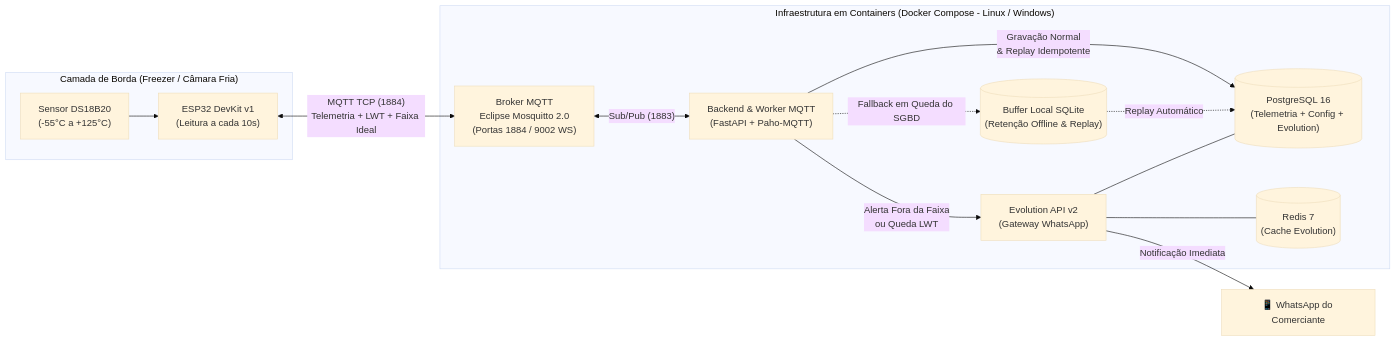
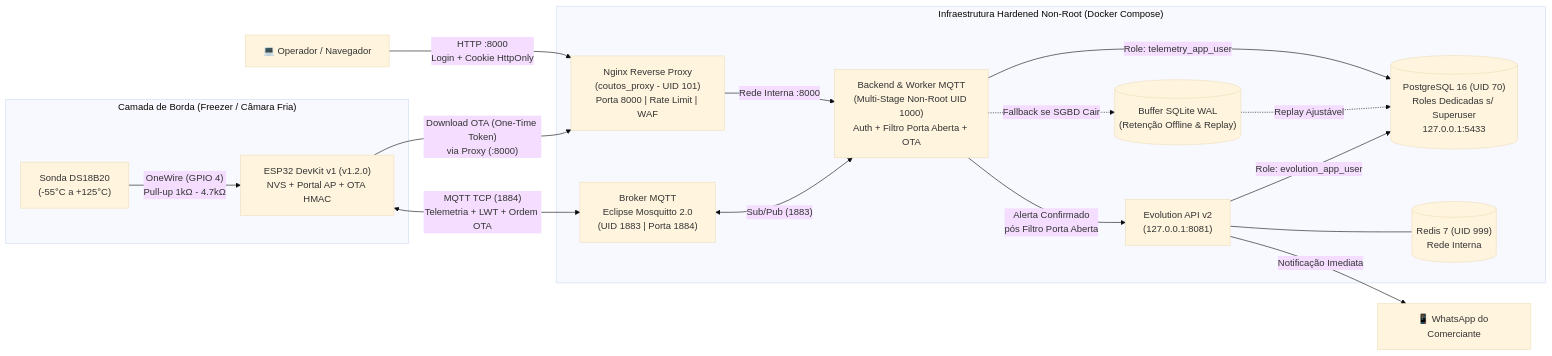
The diagram in README.md (joaogabriel689/projeto_extensao_iot), drawn with Mermaid (base theme) before and after one commit. The commit also changed other lines of this file and 21 other files, not shown here.

````diff
--- a/README.md
+++ b/README.md
@@ -11,25 +29,29 @@
 ```mermaid
 flowchart LR
     subgraph Edge ["Camada de Borda (Freezer / Câmara Fria)"]
-        DS["Sensor DS18B20\n(-55°C a +125°C)"] --> ESP["ESP32 DevKit v1\n(Leitura a cada 10s)"]
+        DS["Sonda DS18B20\n(-55°C a +125°C)"] -->|"OneWire (GPIO 4)\nPull-up 1kΩ - 4.7kΩ"| ESP["ESP32 DevKit v1 (v1.2.0)\nNVS + Portal AP + OTA HMAC"]
     end
 
-    subgraph Docker ["Infraestrutura em Containers (Docker Compose - Linux / Windows)"]
-        MOSQ["Broker MQTT\nEclipse Mosquitto 2.0\n(Portas 1884 / 9002 WS)"]
-        WORKER["Backend & Worker MQTT\n(FastAPI + Paho-MQTT)"]
-        BUFFER[("Buffer Local SQLite\n(Retenção Offline & Replay)")]
-        PG[("PostgreSQL 16\n(Telemetria + Config + Evolution)")]
-        REDIS[("Redis 7\n(Cache Evolution)")]
-        EVO["Evolution API v2\n(Gateway WhatsApp)"]
+    subgraph Docker ["Infraestrutura Hardened Non-Root (Docker Compose)"]
+        PROXY["Nginx Reverse Proxy\n(coutos_proxy - UID 101)\nPorta 8000 | Rate Limit | WAF"]
+        MOSQ["Broker MQTT\nEclipse Mosquitto 2.0\n(UID 1883 | Porta 1884)"]
+        WORKER["Backend & Worker MQTT\n(Multi-Stage Non-Root UID 1000)\nAuth + Filtro Porta Aberta + OTA"]
+        BUFFER[("Buffer SQLite WAL\n(Retenção Offline & Replay)")]
+        PG[("PostgreSQL 16 (UID 70)\nRoles Dedicadas s/ Superuser\n127.0.0.1:5433")]
+        REDIS[("Redis 7 (UID 999)\nRede Interna")]
+        EVO["Evolution API v2\n(127.0.0.1:8081)"]
     end
 
-    ESP <-->|"MQTT TCP (1884)\nTelemetria + LWT + Faixa Ideal"| MOSQ
+    USER["💻 Operador / Navegador"] -->|"HTTP :8000\nLogin + Cookie HttpOnly"| PROXY
+    PROXY -->|"Rede Interna :8000"| WORKER
+    ESP <-->|"MQTT TCP (1884)\nTelemetria + LWT + Ordem OTA"| MOSQ
+    ESP -->|"Download OTA (One-Time Token)\nvia Proxy (:8000)"| PROXY
     MOSQ <-->|"Sub/Pub (1883)"| WORKER
-    WORKER -->|"Gravação Normal\n& Replay Idempotente"| PG
-    WORKER -.->|"Fallback em Queda do SGBD"| BUFFER
-    BUFFER -.->|"Replay Automático"| PG
-    WORKER -->|"Alerta Fora da Faixa\nou Queda LWT"| EVO
-    EVO --- PG
+    WORKER -->|"Role: telemetry_app_user"| PG
+    WORKER -.->|"Fallback se SGBD Cair"| BUFFER
+    BUFFER -.->|"Replay Ajustável"| PG
+    WORKER -->|"Alerta Confirmado\npós Filtro Porta Aberta"| EVO
+    EVO -->|"Role: evolution_app_user"| PG
     EVO --- REDIS
     EVO -->|"Notificação Imediata"| WA["📱 WhatsApp do Comerciante"]
 ```
````
